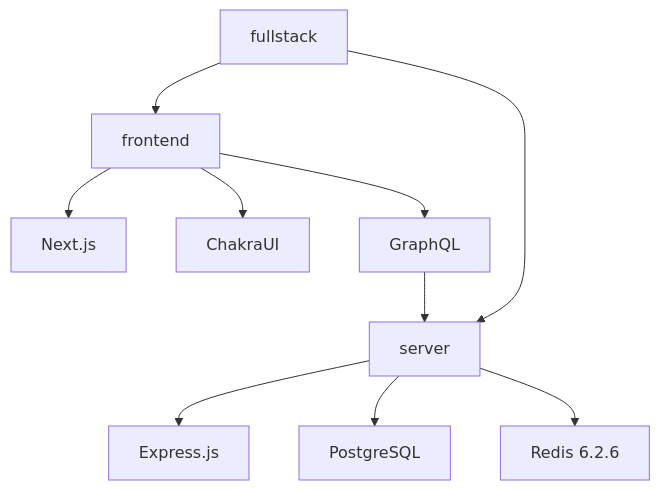
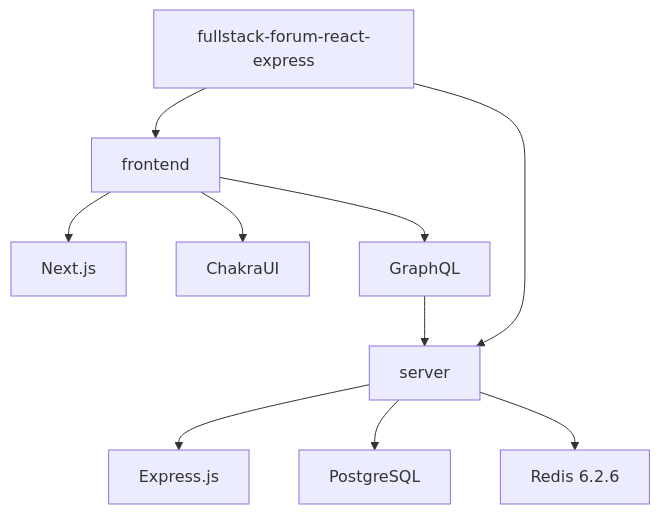
One commit to coltoncs/fullstack-forum-react-express changed the diagram in frontend/README.md. Above: the diagram before and after it, drawn with Mermaid. The commit also changed other lines of this file, not shown here.

````diff
--- a/frontend/README.md
+++ b/frontend/README.md
@@ -14,13 +14,13 @@
 ```mermaid
 graph TD;
-	fullstack-->frontend;
-	fullstack-->server;
+	fullstack-forum-react-express-->frontend;
+	fullstack-forum-react-express-->server;
 	frontend-->Next.js;
 	frontend-->ChakraUI;
 	frontend-->GraphQL;
 	GraphQL-->server;
 	server-->Express.js;
 	server-->PostgreSQL;
 	server-->Redis[Redis 6.2.6];
 
 ```
````
